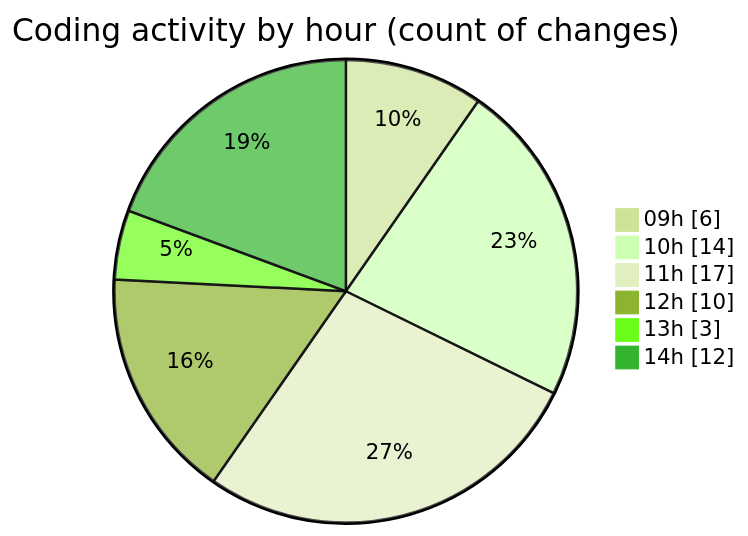
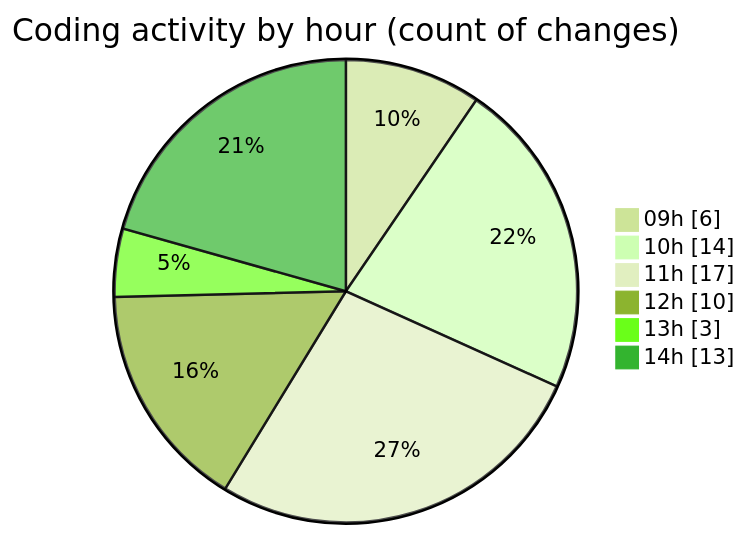
One commit to momahboobian/code-tracking changed the second of 2 diagrams in 2026-02-11/cda/README.md. Above: the diagram before and after it, drawn with Mermaid (forest theme). The commit also changed other lines of this file and 1 other file, not shown here.

````diff
--- a/2026-02-11/cda/README.md
+++ b/2026-02-11/cda/README.md
@@ -33,10 +33,10 @@
 ```mermaid
 pie showData
 title Coding activity by hour (count of changes)
 "09h" : 6
 "10h" : 14
 "11h" : 17
 "12h" : 10
 "13h" : 3
-"14h" : 12
+"14h" : 13
 ```
````
